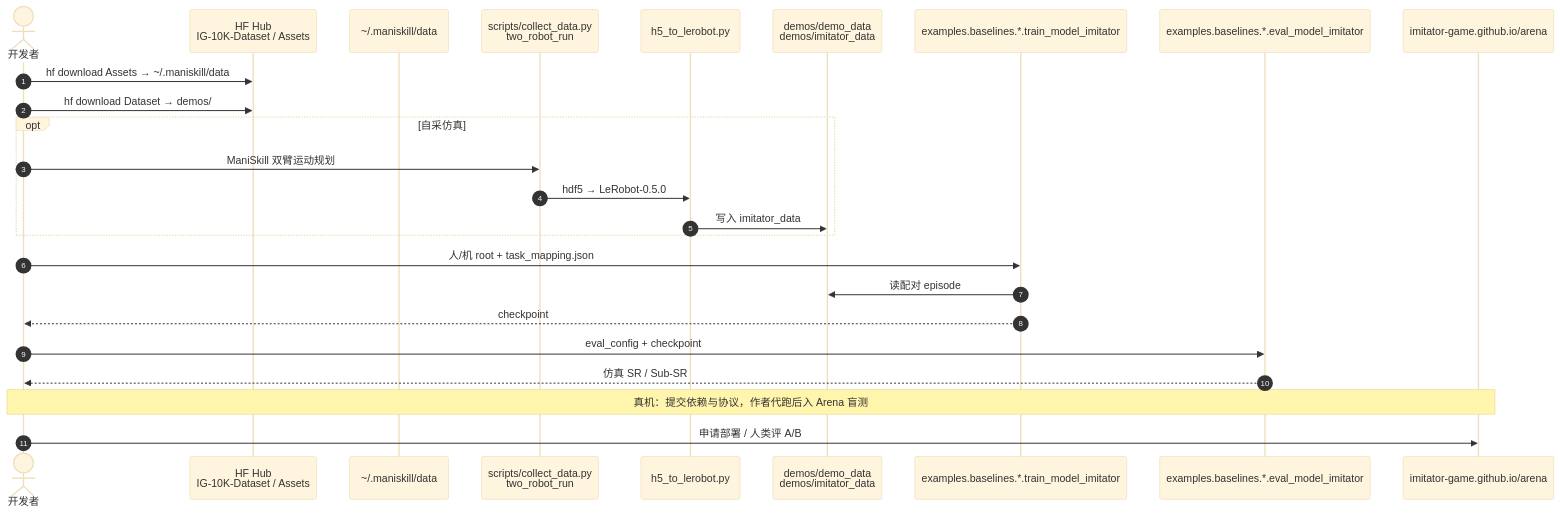
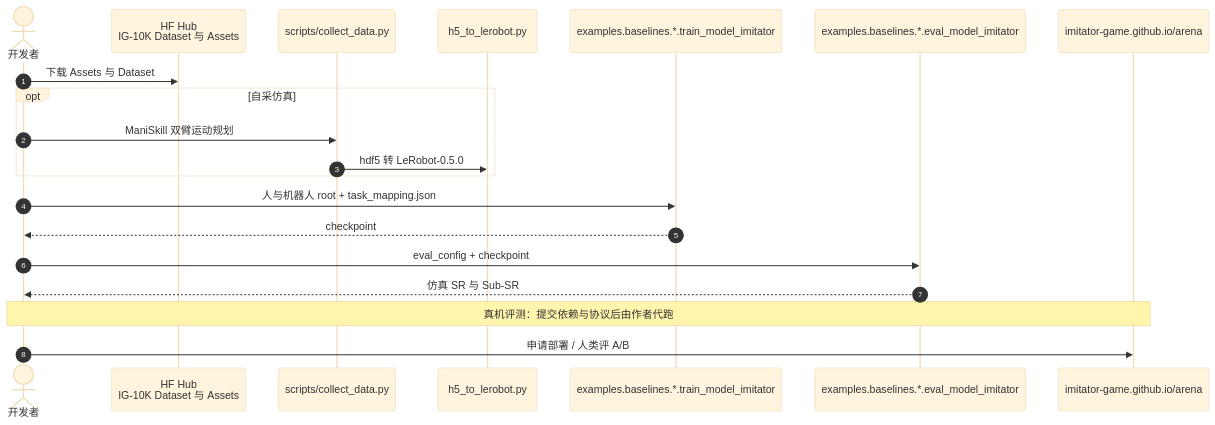
Before and after one commit to ImChong/Robotics_Notebooks: the second of 2 diagrams in wiki/entities/paper-imitator-game.md, drawn with Mermaid (base theme). The commit also changed other lines of this file and 196 other files, not shown here.

````diff
--- a/wiki/entities/paper-imitator-game.md
+++ b/wiki/entities/paper-imitator-game.md
@@ -109,27 +129,22 @@
 ```mermaid
 sequenceDiagram
     autonumber
     actor Dev as 开发者
-    participant HF as HF Hub<br/>IG-10K-Dataset / Assets
-    participant MS as ~/.maniskill/data
-    participant Collect as scripts/collect_data.py<br/>two_robot_run
+    participant HF as HF Hub<br/>IG-10K Dataset 与 Assets
+    participant Collect as scripts/collect_data.py
     participant Conv as h5_to_lerobot.py
-    participant Demos as demos/demo_data<br/>demos/imitator_data
     participant Train as examples.baselines.*.train_model_imitator
     participant Eval as examples.baselines.*.eval_model_imitator
     participant Arena as imitator-game.github.io/arena
-    Dev->>HF: hf download Assets → ~/.maniskill/data
-    Dev->>HF: hf download Dataset → demos/
+    Dev->>HF: 下载 Assets 与 Dataset
     opt 自采仿真
         Dev->>Collect: ManiSkill 双臂运动规划
-        Collect->>Conv: hdf5 → LeRobot-0.5.0
-        Conv->>Demos: 写入 imitator_data
+        Collect->>Conv: hdf5 转 LeRobot-0.5.0
     end
-    Dev->>Train: 人/机 root + task_mapping.json
-    Train->>Demos: 读配对 episode
+    Dev->>Train: 人与机器人 root + task_mapping.json
     Train-->>Dev: checkpoint
     Dev->>Eval: eval_config + checkpoint
-    Eval-->>Dev: 仿真 SR / Sub-SR
-    Note over Dev,Arena: 真机：提交依赖与协议，作者代跑后入 Arena 盲测
+    Eval-->>Dev: 仿真 SR 与 Sub-SR
+    Note over Dev,Arena: 真机评测：提交依赖与协议后由作者代跑
     Dev->>Arena: 申请部署 / 人类评 A/B
 ```
````
